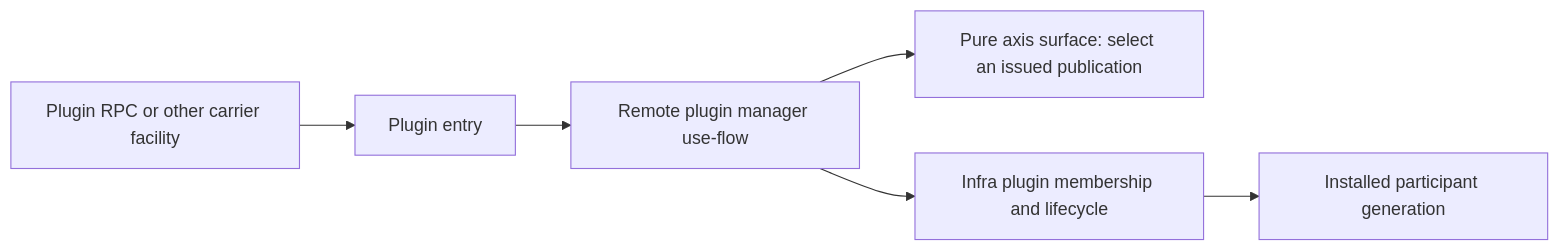
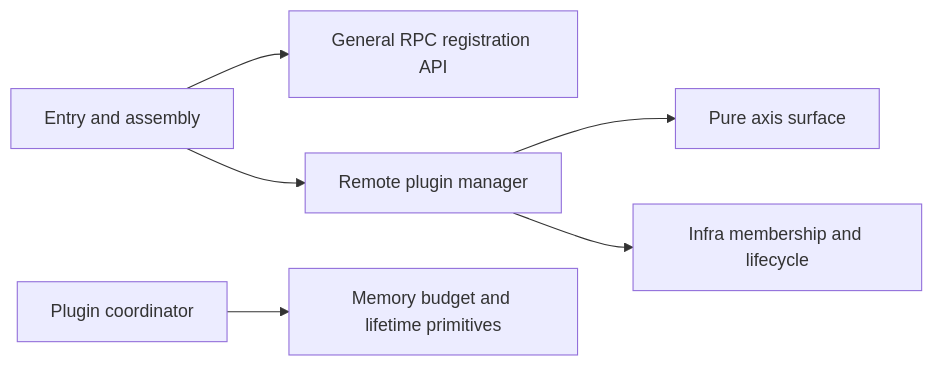
One commit to wignerStan/remote-storage-gateway changed the first of 2 diagrams in docs/remote-axis-bindings.md. Above: the diagram before and after it, drawn with Mermaid. The commit also changed other lines of this file and 2 other files, not shown here.

Commit message:
docs(worker): record shared entry ownership and coordination limits

````diff
--- a/docs/remote-axis-bindings.md
+++ b/docs/remote-axis-bindings.md
@@ -5,8 +9,8 @@
 ```mermaid
 flowchart LR
-    F[Plugin RPC or other carrier facility] --> E[Plugin entry]
-    E --> M[Remote plugin manager use-flow]
-    M --> S[Pure axis surface: select an issued publication]
-    M --> L[Infra plugin membership and lifecycle]
-    L --> P[Installed participant generation]
+    E[Entry and assembly] --> F[General RPC registration API]
+    E --> M[Remote plugin manager]
+    M --> S[Pure axis surface]
+    M --> L[Infra membership and lifecycle]
+    C[Plugin coordinator] --> B[Memory budget and lifetime primitives]
 ```
````
